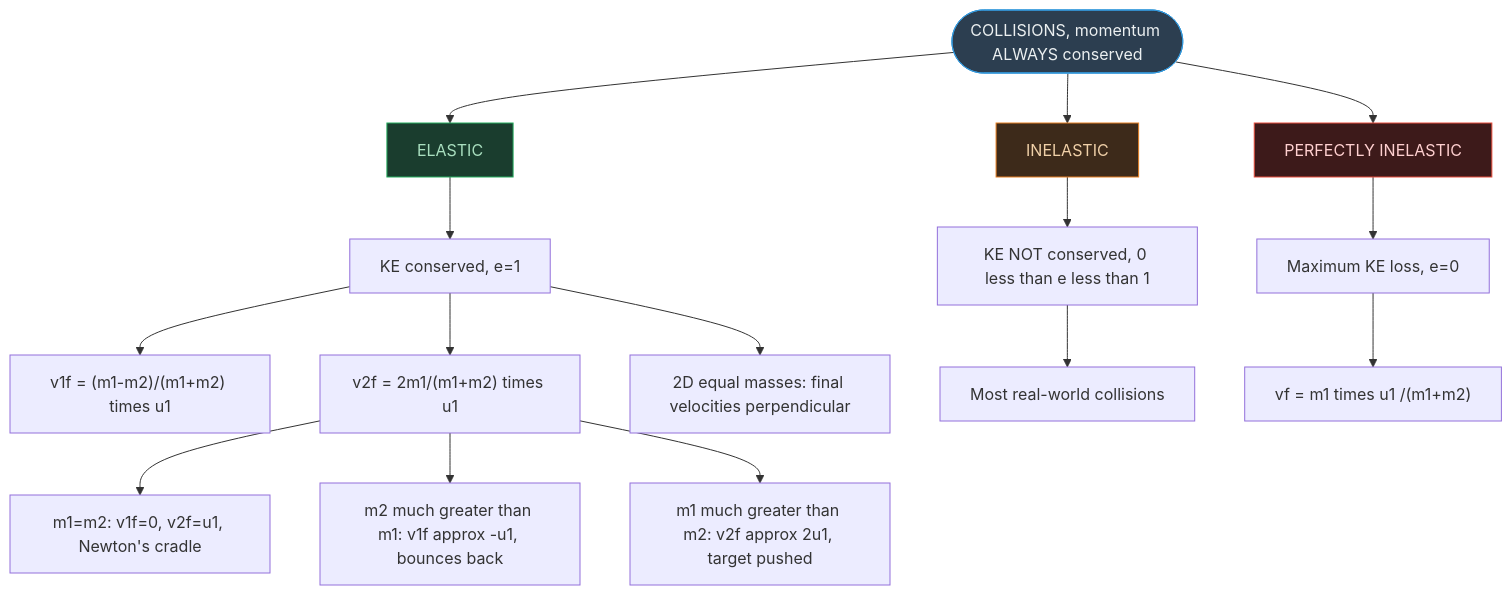
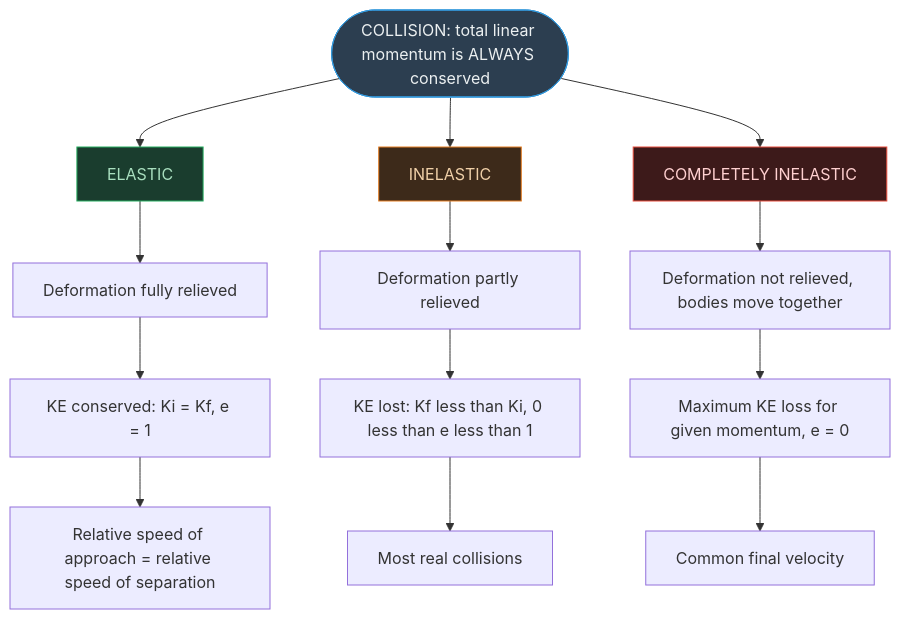
Before and after one commit to fsr-science/NCERT-Science: the eighth of 9 diagrams in AI-NOTES/PHYSICS/PHYSICS05-WORK_ENERGY_AND_POWER/PHYSICS05-WORK_ENERGY_AND_POWER-NOTES.md, drawn with Mermaid. The commit also changed other lines of this file, not shown here.

````diff
--- a/AI-NOTES/PHYSICS/PHYSICS05-WORK_ENERGY_AND_POWER/PHYSICS05-WORK_ENERGY_AND_POWER-NOTES.md
+++ b/AI-NOTES/PHYSICS/PHYSICS05-WORK_ENERGY_AND_POWER/PHYSICS05-WORK_ENERGY_AND_POWER-NOTES.md
@@ -398,26 +2005,24 @@
 ```mermaid
 flowchart TD
-    ROOT(["COLLISIONS, momentum ALWAYS conserved"])
+    ROOT(["COLLISION: total linear momentum is ALWAYS conserved"])
     ROOT --> EL["ELASTIC"]
     ROOT --> IN["INELASTIC"]
-    ROOT --> PI["PERFECTLY INELASTIC"]
+    ROOT --> PI["COMPLETELY INELASTIC"]
 
-    EL --> EL1["KE conserved, e=1"]
-    EL1 --> EL2["v1f = (m1-m2)/(m1+m2) times u1"]
-    EL1 --> EL3["v2f = 2m1/(m1+m2) times u1"]
-    EL3 --> EL4["m1=m2: v1f=0, v2f=u1, Newton's cradle"]
-    EL3 --> EL5["m2 much greater than m1: v1f approx -u1, bounces back"]
-    EL3 --> EL6["m1 much greater than m2: v2f approx 2u1, target pushed"]
-    EL1 --> EL7["2D equal masses: final velocities perpendicular"]
+    EL --> EL1["Deformation fully relieved"]
+    EL1 --> EL2["KE conserved: Ki = Kf, e = 1"]
+    EL2 --> EL3["Relative speed of approach = relative speed of separation"]
 
-    IN --> IN1["KE NOT conserved, 0 less than e less than 1"]
-    IN1 --> IN2["Most real-world collisions"]
+    IN --> IN1["Deformation partly relieved"]
+    IN1 --> IN2["KE lost: Kf less than Ki, 0 less than e less than 1"]
+    IN2 --> IN3["Most real collisions"]
 
-    PI --> PI1["Maximum KE loss, e=0"]
-    PI1 --> PI2["vf = m1 times u1 /(m1+m2)"]
+    PI --> PI1["Deformation not relieved, bodies move together"]
+    PI1 --> PI2["Maximum KE loss for given momentum, e = 0"]
+    PI2 --> PI3["Common final velocity"]
 
     style ROOT fill:#2c3e50,color:#ecf0f1,stroke:#3498db
     style EL fill:#1a3d2e,color:#a9dfbf,stroke:#27ae60
     style IN fill:#3d2a1a,color:#f0d0a8,stroke:#e67e22
     style PI fill:#3d1a1a,color:#ffd0d0,stroke:#e74c3c
 ```
````
